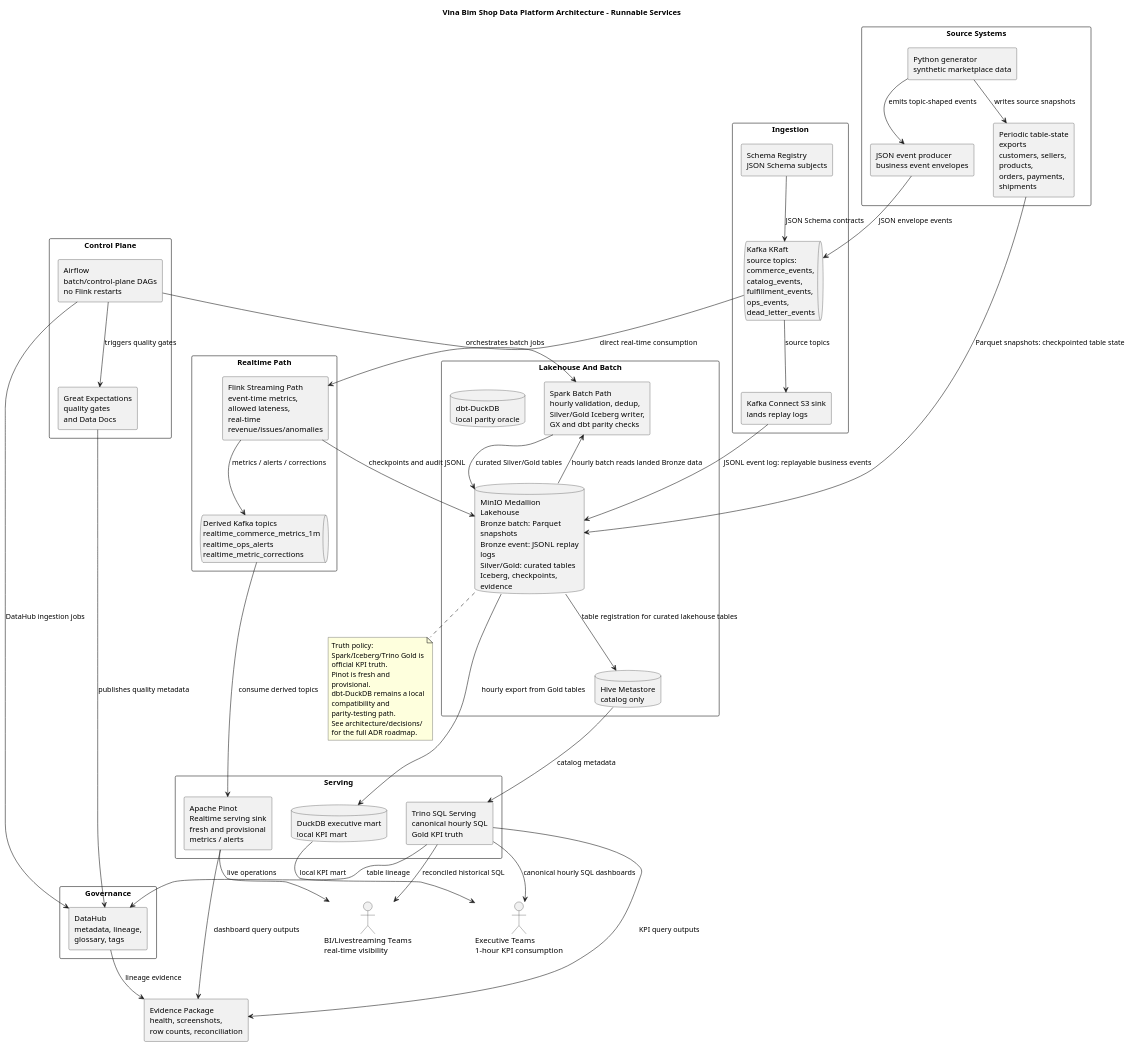
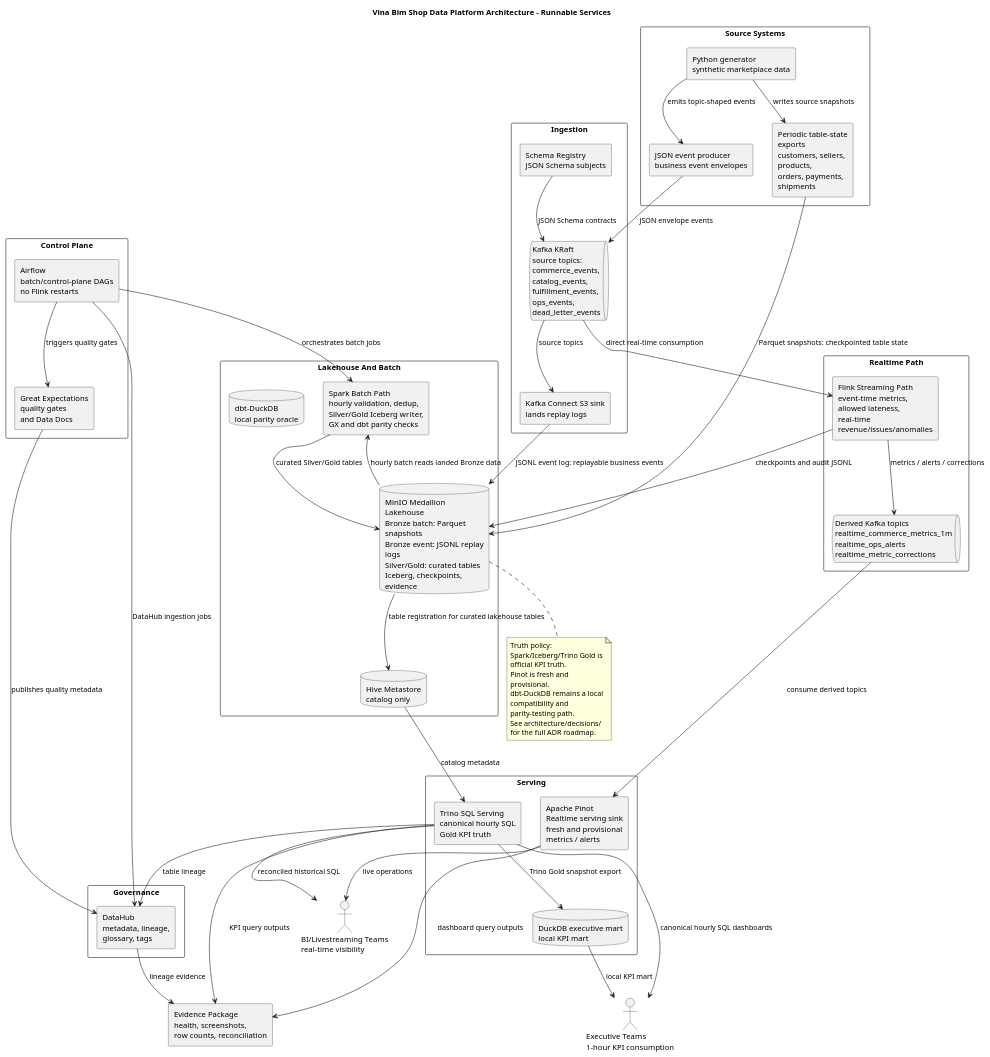
Before and after one commit to hhoangdo/ecom-data-platform: the diagram in architecture/diagrams/lambda_architecture.puml, drawn with PlantUML. The commit also changed 26 other files, not shown here.

```diff
--- a/architecture/diagrams/lambda_architecture.puml
+++ b/architecture/diagrams/lambda_architecture.puml
@@ -1,92 +1,92 @@
 @startuml
 title Vina Bim Shop Data Platform Architecture - Runnable Services
 
 skinparam componentStyle rectangle
 skinparam shadowing false
 skinparam wrapWidth 180
 
 actor "Executive Teams\n1-hour KPI consumption" as Executive
 actor "BI/Livestreaming Teams\nreal-time visibility" as BI
 
 rectangle "Source Systems" as Sources {
   component "Python generator\nsynthetic marketplace data" as Generator
   component "Periodic table-state exports\ncustomers, sellers, products,\norders, payments, shipments" as Offline
   component "JSON event producer\nbusiness event envelopes" as Producer
 }
 
 rectangle "Ingestion" as Ingestion {
   component "Schema Registry\nJSON Schema subjects" as SchemaRegistry
   queue "Kafka KRaft\nsource topics:\ncommerce_events, catalog_events,\nfulfillment_events, ops_events,\ndead_letter_events" as Kafka
   component "Kafka Connect S3 sink\nlands replay logs" as KafkaConnect
 }
 
 rectangle "Lakehouse And Batch" as Lakehouse {
   component "Spark Batch Path\nhourly validation, dedup,\nSilver/Gold Iceberg writer,\nGX and dbt parity checks" as Spark
   database "MinIO Medallion Lakehouse\nBronze batch: Parquet snapshots\nBronze event: JSONL replay logs\nSilver/Gold: curated tables\nIceberg, checkpoints, evidence" as MinIO
   database "Hive Metastore\ncatalog only" as Hive
   database "dbt-DuckDB\nlocal parity oracle" as Dbt
 }
 
 rectangle "Realtime Path" as Streaming {
   component "Flink Streaming Path\nevent-time metrics,\nallowed lateness,\nreal-time revenue/issues/anomalies" as Flink
   queue "Derived Kafka topics\nrealtime_commerce_metrics_1m\nrealtime_ops_alerts\nrealtime_metric_corrections" as DerivedKafka
 }
 
 rectangle "Serving" as Serving {
   component "Trino SQL Serving\ncanonical hourly SQL\nGold KPI truth" as Trino
   component "Apache Pinot\nRealtime serving sink\nfresh and provisional\nmetrics / alerts" as Realtime
   database "DuckDB executive mart\nlocal KPI mart" as DuckDB
 }
 
 rectangle "Control Plane" as Control {
   component "Airflow\nbatch/control-plane DAGs\nno Flink restarts" as Airflow
   component "Great Expectations\nquality gates\nand Data Docs" as GX
 }
 
 rectangle "Governance" as Gov {
   component "DataHub\nmetadata, lineage,\nglossary, tags" as DataHub
 }
 
 component "Evidence Package\nhealth, screenshots,\nrow counts, reconciliation" as Evidence
 
 Generator --> Offline : writes source snapshots
 Generator --> Producer : emits topic-shaped events
 Offline --> MinIO : Parquet snapshots: checkpointed table state
 Producer --> Kafka : JSON envelope events
 SchemaRegistry --> Kafka : JSON Schema contracts
 Kafka --> KafkaConnect : source topics
 KafkaConnect --> MinIO : JSONL event log: replayable business events
 
 MinIO --> Spark : hourly batch reads landed Bronze data
 Spark --> MinIO : curated Silver/Gold tables
 MinIO --> Hive : table registration for curated lakehouse tables
 Hive --> Trino : catalog metadata
-MinIO --> DuckDB : hourly export from Gold tables
+Trino --> DuckDB : Trino Gold snapshot export
 DuckDB --> Executive : local KPI mart
 Trino --> Executive : canonical hourly SQL dashboards
 Trino --> BI : reconciled historical SQL
 
 Kafka --> Flink : direct real-time consumption
 Flink --> DerivedKafka : metrics / alerts / corrections
 Flink --> MinIO : checkpoints and audit JSONL
 DerivedKafka --> Realtime : consume derived topics
 Realtime --> BI : live operations
 
 Airflow --> Spark : orchestrates batch jobs
 Airflow --> GX : triggers quality gates
 Airflow --> DataHub : DataHub ingestion jobs
 GX --> DataHub : publishes quality metadata
 Trino --> DataHub : table lineage
 DataHub --> Evidence : lineage evidence
 Trino --> Evidence : KPI query outputs
 Realtime --> Evidence : dashboard query outputs
 
 note bottom of MinIO
 Truth policy:
 Spark/Iceberg/Trino Gold is official KPI truth.
 Pinot is fresh and provisional.
 dbt-DuckDB remains a local compatibility and parity-testing path.
 See architecture/decisions/ for the full ADR roadmap.
 end note
 
 @enduml
```
